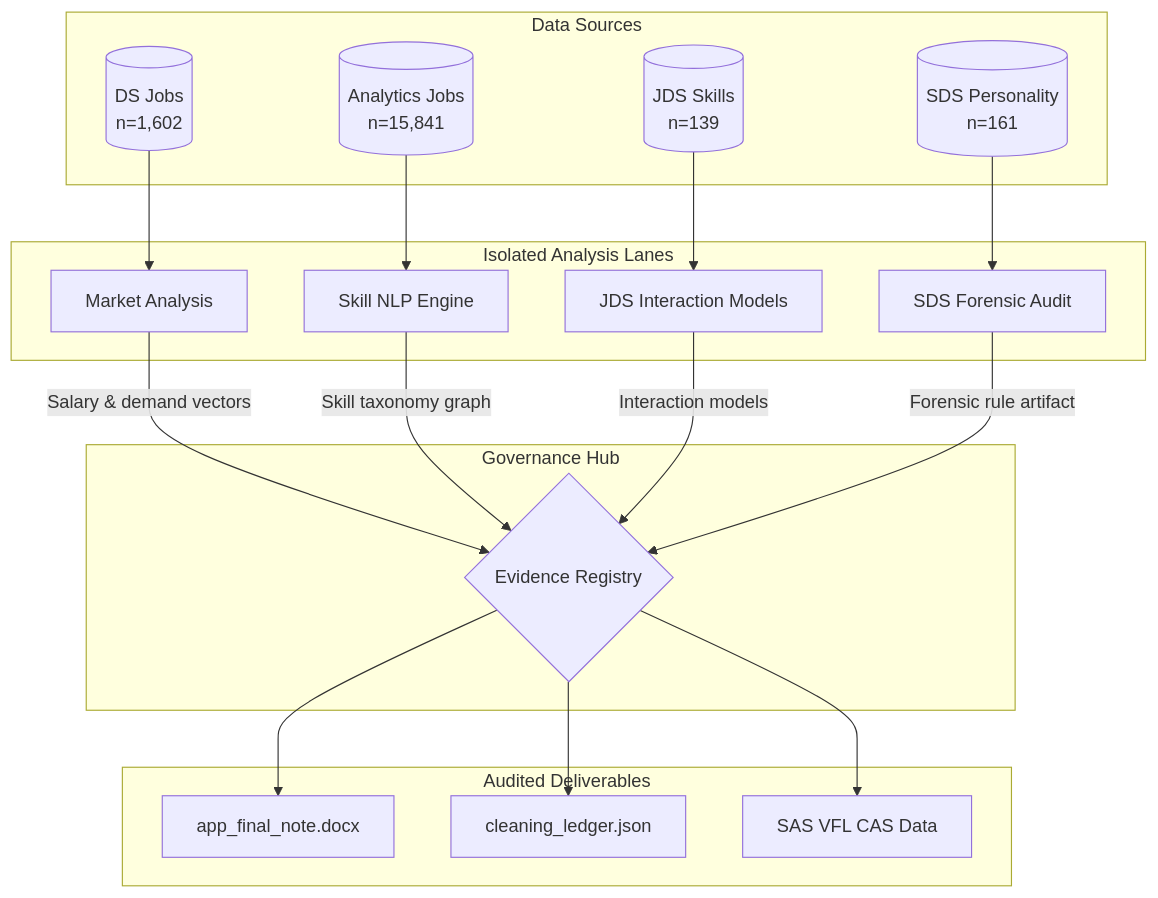
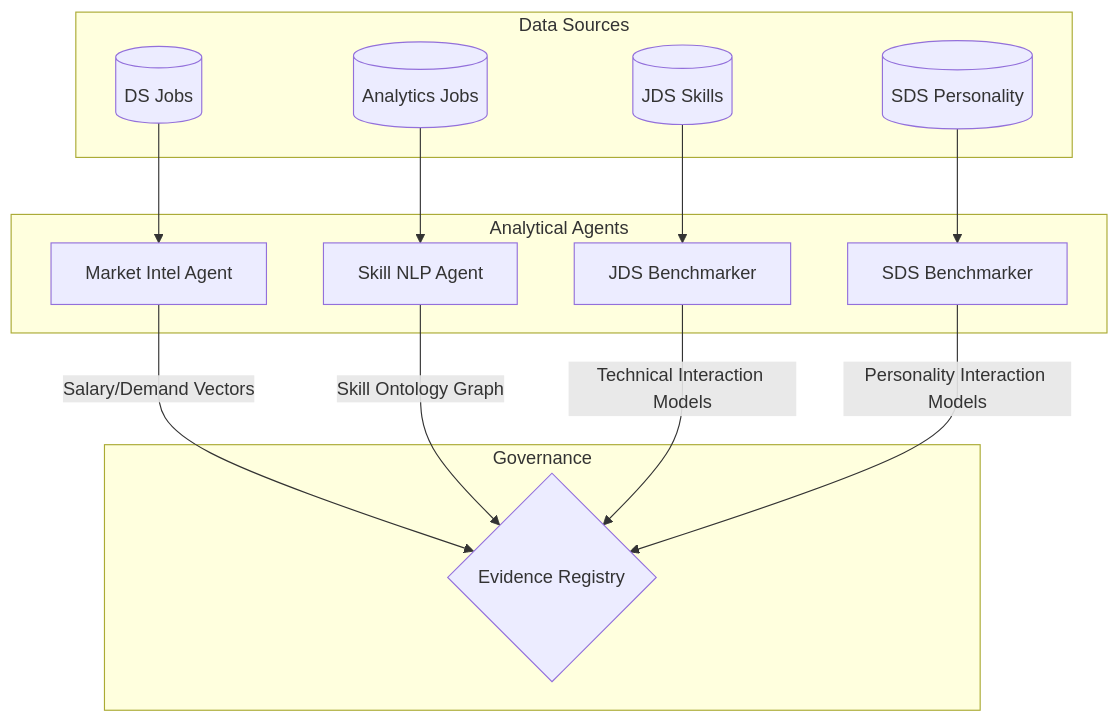
One commit to 17prabhanshu/ctrl-shift-n-winpeat changed the first of 3 diagrams in README.md. Above: the diagram before and after it, drawn with Mermaid. The commit also changed other lines of this file and 2 other files, not shown here.

Commit message:
Add Core Innovations & Architectural Forensics pitch document to highlight novel methodology

````diff
--- a/README.md
+++ b/README.md
@@ -42,40 +41,33 @@
 ```mermaid
 graph TD
-    subgraph sources [Data Sources]
-        D1[(Analytics Jobs<br/>n=15,841)]
-        D2[(DS Jobs<br/>n=1,602)]
-        D3[(JDS Skills<br/>n=139)]
-        D4[(SDS Personality<br/>n=161)]
+    subgraph Data Sources
+        D1[(Analytics Jobs)]
+        D2[(DS Jobs)]
+        D3[(JDS Skills)]
+        D4[(SDS Personality)]
     end
 
-    subgraph lanes [Isolated Analysis Lanes]
-        A1[Market Analysis]
-        A2[Skill NLP Engine]
-        A3[JDS Interaction Models]
-        A4[SDS Forensic Audit]
+    subgraph Analytical Agents
+        A1[Market Intel Agent]
+        A2[Skill NLP Agent]
+        A3[JDS Benchmarker]
+        A4[SDS Benchmarker]
     end
 
-    subgraph governance [Governance Hub]
+    subgraph Governance
         ER{Evidence Registry}
-    end
 
-    subgraph outputs [Audited Deliverables]
-        O1[app_final_note.docx]
-        O2[cleaning_ledger.json]
-        O3[SAS VFL CAS Data]
     end
 
     D1 --> A2
     D2 --> A1
     D3 --> A3
     D4 --> A4
 
-    A1 -->|Salary & demand vectors| ER
-    A2 -->|Skill taxonomy graph| ER
-    A3 -->|Interaction models| ER
-    A4 -->|Forensic rule artifact| ER
+    A1 -->|Salary/Demand Vectors| ER
+    A2 -->|Skill Ontology Graph| ER
+    A3 -->|Technical Interaction Models| ER
+    A4 -->|Personality Interaction Models| ER
 
-    ER --> O1
-    ER --> O2
-    ER --> O3
+
 ```
````
